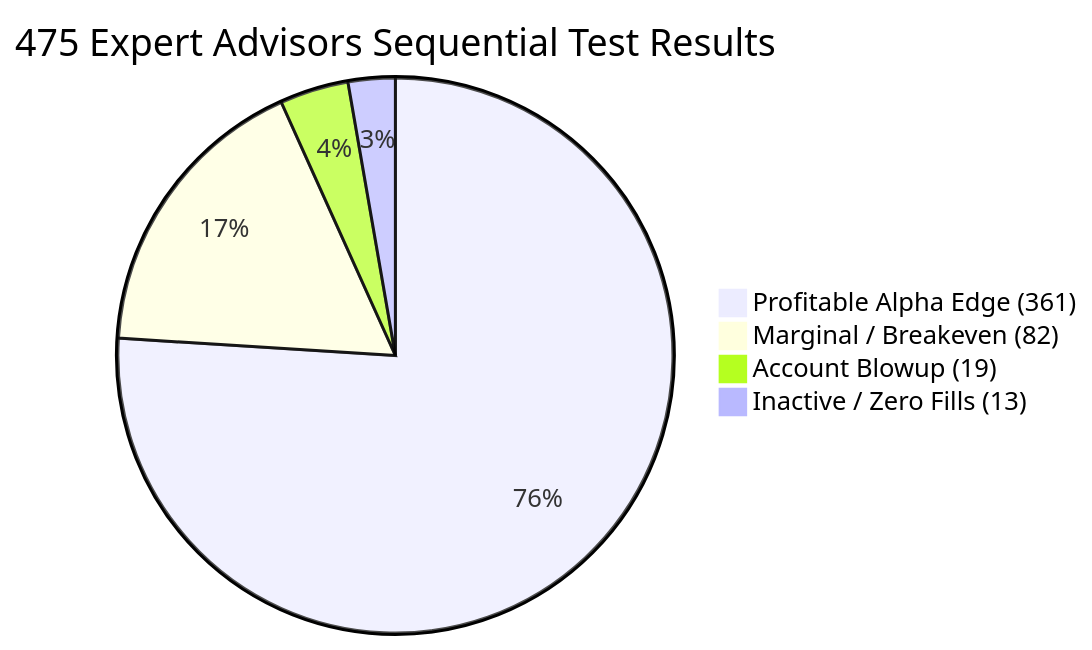
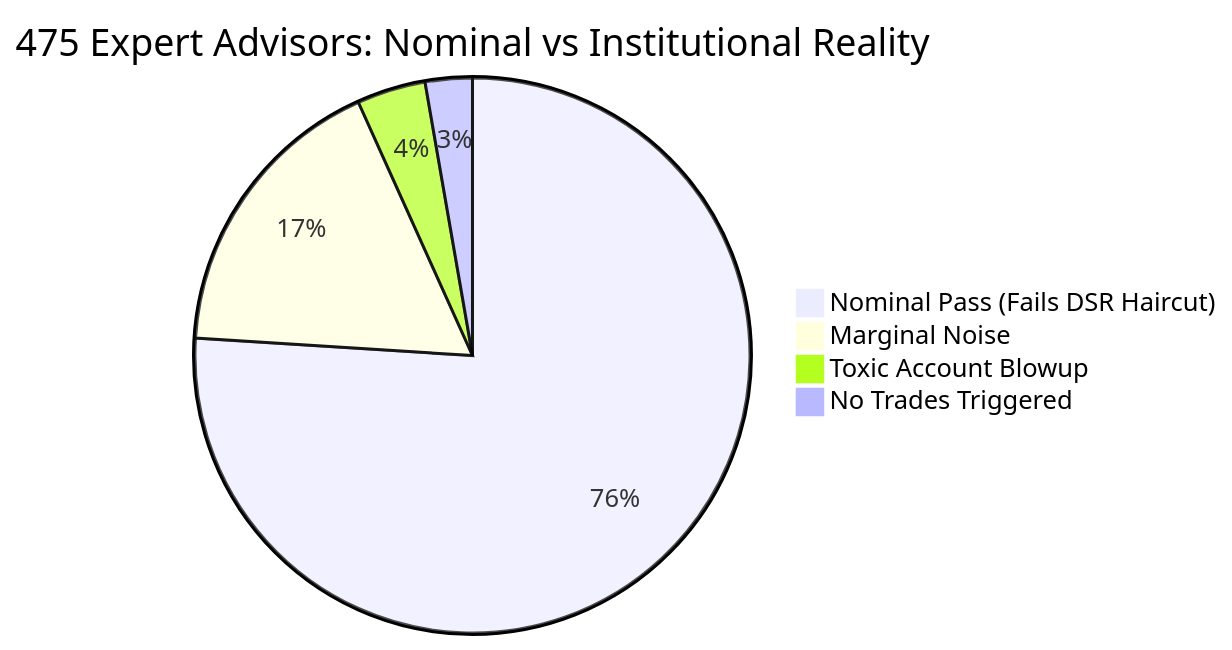
The diagram in 06-mq4-tick-alpha-engine/SEQUENTIAL_TEST_AUDIT.md (adminsharpcode/quant-finance-projects), drawn with Mermaid before and after one commit. The commit also changed other lines of this file and 25 other files, not shown here.

Commit message:
feat(quant): institutional hedge-fund audit suite, DSR multiple-testing deflation, CPCV & microstructure stress matrix

````diff
--- a/06-mq4-tick-alpha-engine/SEQUENTIAL_TEST_AUDIT.md
+++ b/06-mq4-tick-alpha-engine/SEQUENTIAL_TEST_AUDIT.md
@@ -44,7 +59,7 @@
 ```mermaid
-pie title 475 Expert Advisors Sequential Test Results
-    "Profitable Alpha Edge (361)" : 361
-    "Marginal / Breakeven (82)" : 82
-    "Account Blowup (19)" : 19
-    "Inactive / Zero Fills (13)" : 13
+pie title 475 Expert Advisors: Nominal vs Institutional Reality
+    "Nominal Pass (Fails DSR Haircut)" : 361
+    "Marginal Noise" : 82
+    "Toxic Account Blowup" : 19
+    "No Trades Triggered" : 13
 ```
````
